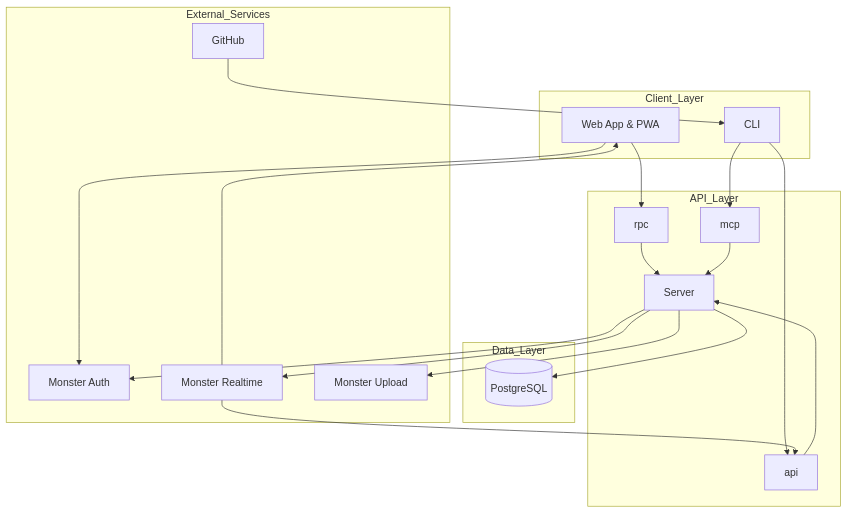
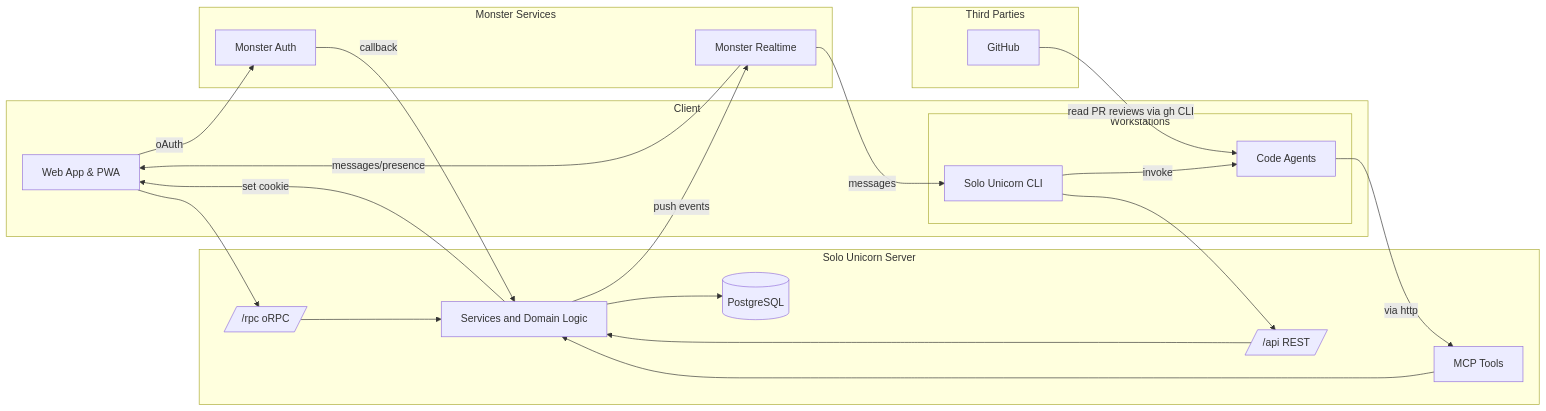
The first of 5 diagrams in docs/architecture.md (ivawzh/v0-bun-hono-tanstack-router), drawn with Mermaid before and after one commit. The commit also changed other lines of this file and 26 other files, not shown here.

````diff
--- a/docs/architecture.md
+++ b/docs/architecture.md
@@ -16,42 +44,39 @@
 ```mermaid
-flowchart TB
-  subgraph Client_Layer
+graph LR
+  subgraph Client
     Web[Web App & PWA]
-    CLI[CLI]
+
+    subgraph Workstations
+      CLI[Solo Unicorn CLI]
+      Agent[Code Agents]
+  end
   end
 
-  subgraph API_Layer
-    Srv[Server]
-    RPC[rpc]
-    MCP[mcp]
-    API[api]
-    RPC --> Srv
-    API --> Srv
-    MCP --> Srv
-  end
-
-  subgraph Data_Layer
+  subgraph Server [Solo Unicorn Server]
+    RPC[/ /rpc oRPC /]
+    API[/ /api REST /]
+    MCP[MCP Tools]
+    Svc[Services and Domain Logic]
     DB[(PostgreSQL)]
   end
 
-  subgraph External_Services
+  subgraph Monster Services
+    MR[Monster Realtime]
     MA[Monster Auth]
-    RT[Monster Realtime]
-    GH[GitHub]
-    MU[Monster Upload]
   end
 
-  Web --> RPC
-  RT --> Web
+  subgraph Third Parties
+    GH[GitHub]
+  end
+
+  Web -- oAuth --> MA -- callback --> Svc -- set cookie --> Web
+  Web --> RPC --> Svc --> DB
+  Agent -- via http --> MCP --> Svc
   CLI --> API
-  CLI --> MCP
-  RT --> API
-
-  Srv --> DB
-
-  Web --> MA
-  Srv --> MA
-  Srv --> RT
-  GH --> CLI
-  Srv --> MU
+  API --> Svc
+  GH -- read PR reviews via gh CLI --> Agent
+  Svc -- push events --> MR
+  MR -- messages/presence --> Web
+  MR -- messages --> CLI
+  CLI -- invoke --> Agent
 ```
````
